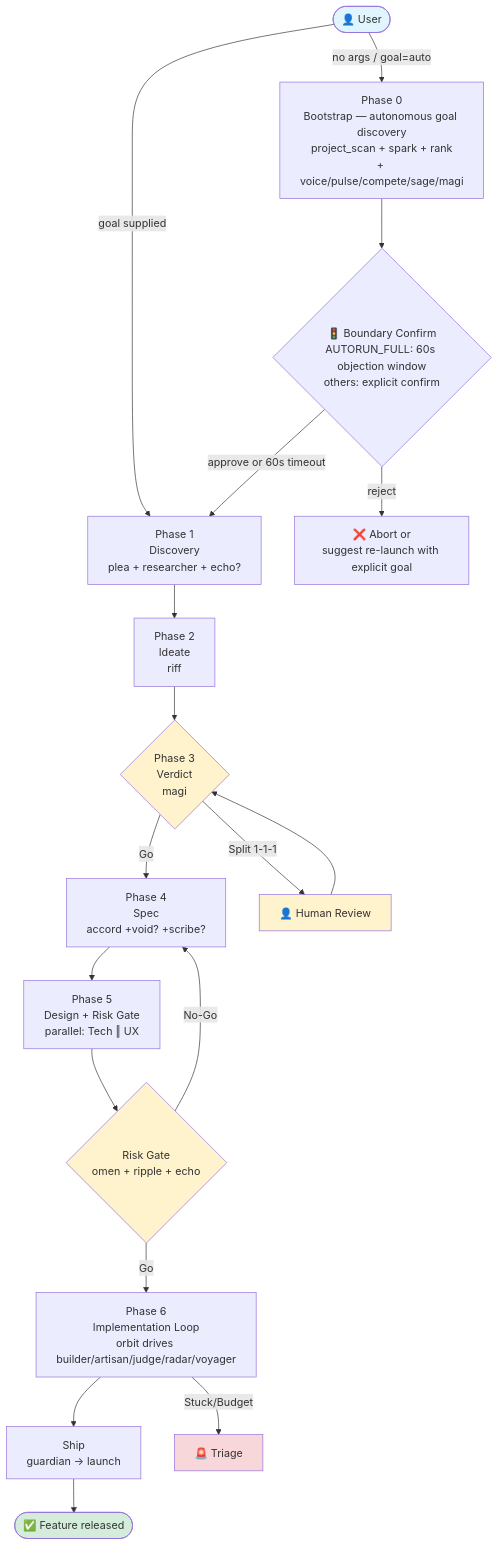
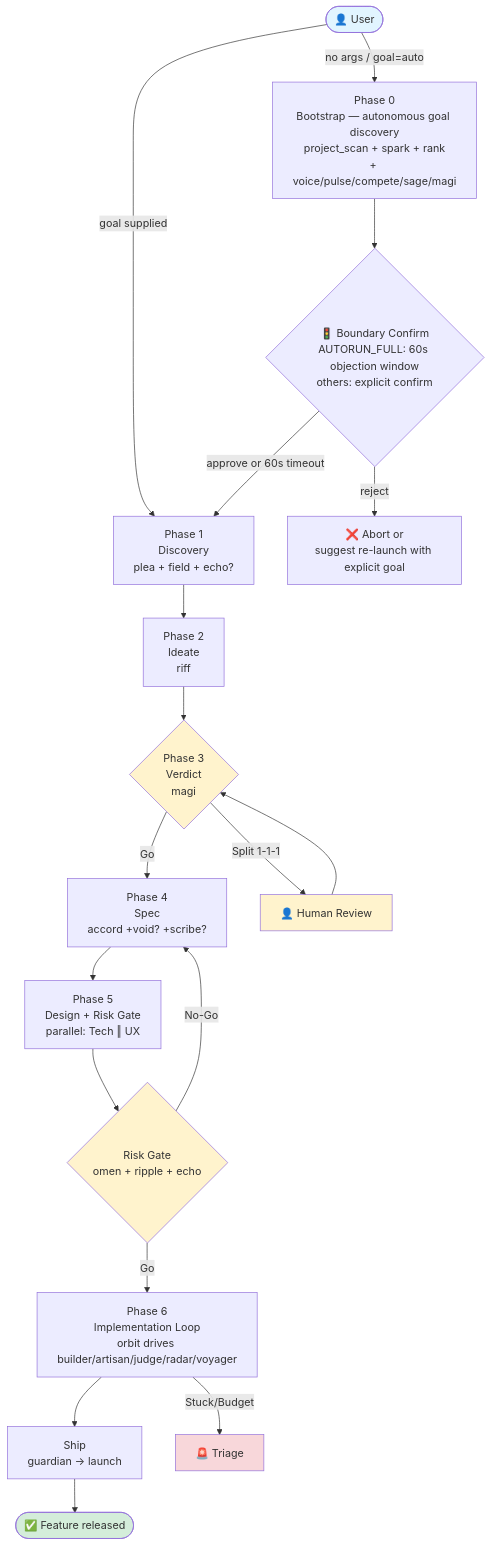
The first of 14 diagrams in nexus/reference/apex-walkthrough.md (simota/agent-skills), drawn with Mermaid before and after one commit. The commit also changed other lines of this file and 9 other files, not shown here.

````diff
--- a/nexus/reference/apex-walkthrough.md
+++ b/nexus/reference/apex-walkthrough.md
@@ -11,31 +11,31 @@
 ```mermaid
 flowchart TD
     USER([👤 User])
     USER -->|goal supplied| P1
     USER -->|no args / goal=auto| P0
     P0[Phase 0<br/>Bootstrap — autonomous goal discovery<br/>project_scan + spark + rank<br/>+ voice/pulse/compete/sage/magi]
     P0 --> CONFIRM{🚦 Boundary Confirm<br/>AUTORUN_FULL: 60s objection window<br/>others: explicit confirm}
     CONFIRM -->|approve or 60s timeout| P1
     CONFIRM -->|reject| ABORT[❌ Abort or<br/>suggest re-launch with explicit goal]
-    P1[Phase 1<br/>Discovery<br/>plea + researcher + echo?] --> P2
+    P1[Phase 1<br/>Discovery<br/>plea + field + echo?] --> P2
     P2[Phase 2<br/>Ideate<br/>riff] --> P3
     P3{Phase 3<br/>Verdict<br/>magi}
     P3 -->|Go| P4
     P3 -->|Split 1-1-1| HUMAN1[👤 Human Review]
     HUMAN1 --> P3
     P4[Phase 4<br/>Spec<br/>accord +void? +scribe?] --> P5
     P5[Phase 5<br/>Design + Risk Gate<br/>parallel: Tech ‖ UX]
     P5 --> GATE{Risk Gate<br/>omen + ripple + echo}
     GATE -->|Go| P6
     GATE -->|No-Go| P4
     P6[Phase 6<br/>Implementation Loop<br/>orbit drives builder/artisan/judge/radar/voyager] --> SHIP
     P6 -->|Stuck/Budget| TRIAGE[🚨 Triage]
     SHIP[Ship<br/>guardian → launch] --> DONE([✅ Feature released])
 
     style USER fill:#e1f5ff
     style DONE fill:#d4edda
     style HUMAN1 fill:#fff3cd
     style TRIAGE fill:#f8d7da
     style GATE fill:#fff3cd
     style P3 fill:#fff3cd
 ```
````
